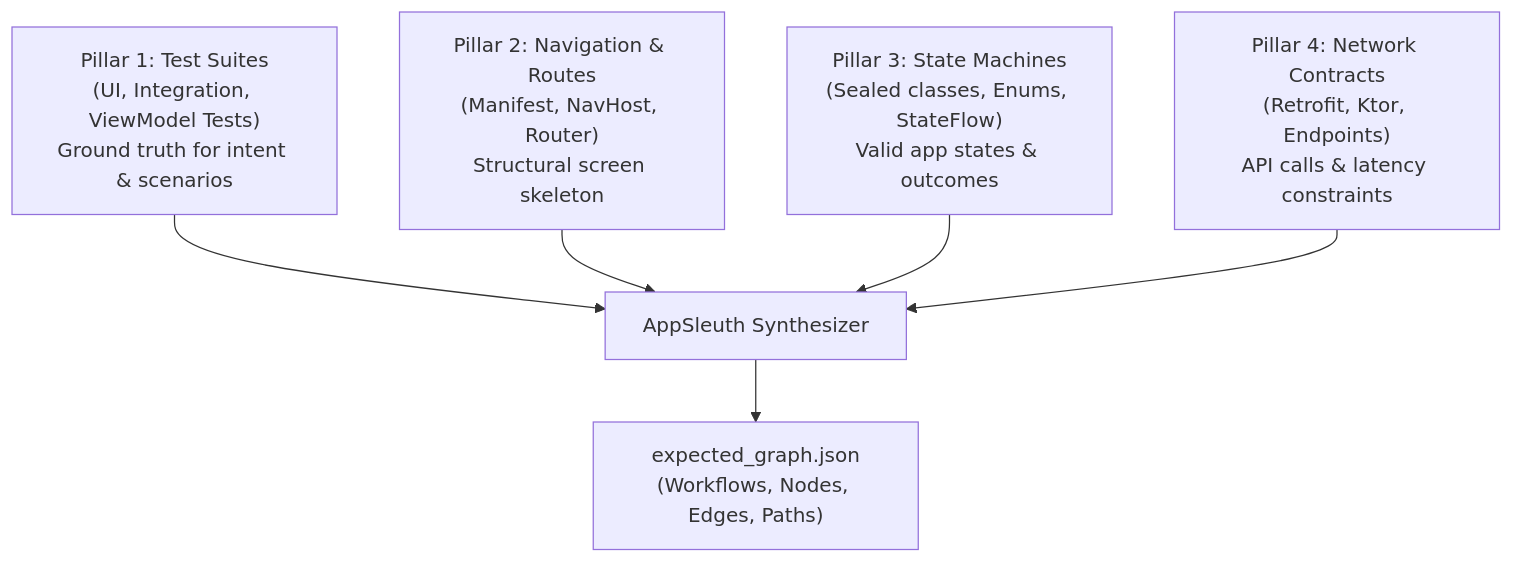
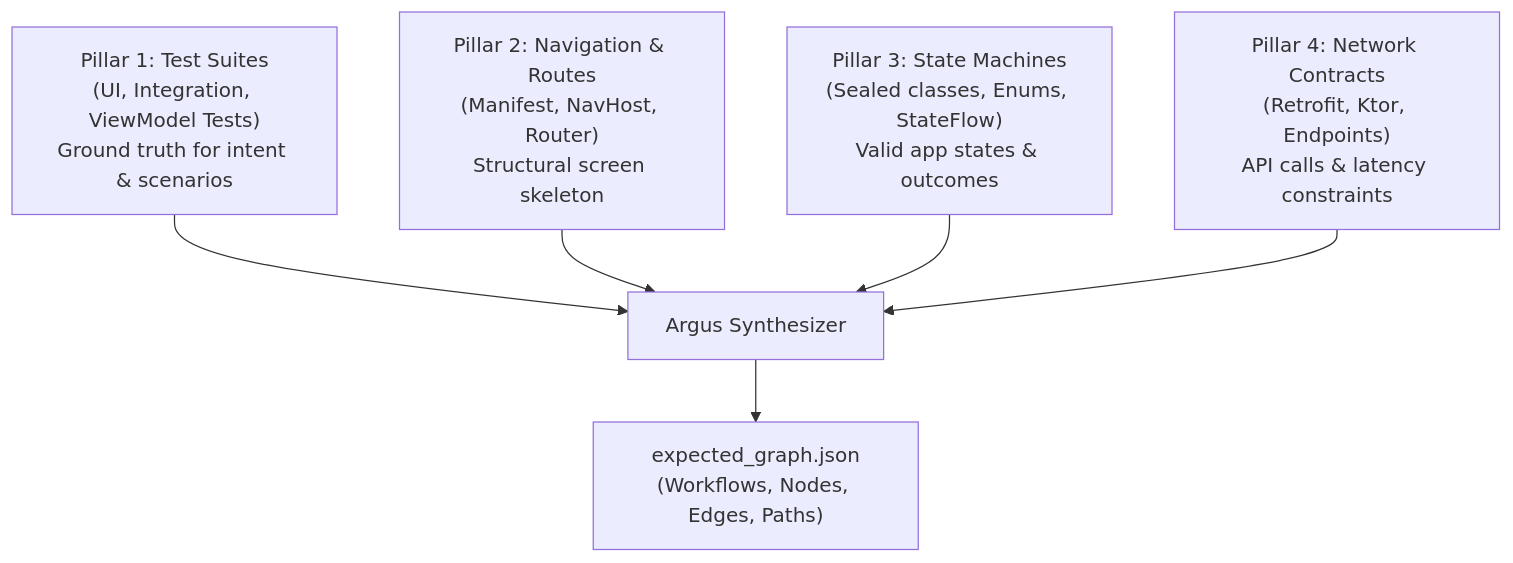
Before and after one commit to Deven264/AppSleuth: the diagram in skills/android-graph-extractor/SKILL.md, drawn with Mermaid. The commit also changed other lines of this file and 35 other files, not shown here.

Commit message:
refactor: rename project to Argus: SystemSleuth

````diff
--- a/skills/android-graph-extractor/SKILL.md
+++ b/skills/android-graph-extractor/SKILL.md
@@ -16,9 +16,9 @@
 ```mermaid
 flowchart TD
     P1["Pillar 1: Test Suites\n(UI, Integration, ViewModel Tests)\nGround truth for intent & scenarios"] --> Synthesizer
     P2["Pillar 2: Navigation & Routes\n(Manifest, NavHost, Router)\nStructural screen skeleton"] --> Synthesizer
     P3["Pillar 3: State Machines\n(Sealed classes, Enums, StateFlow)\nValid app states & outcomes"] --> Synthesizer
     P4["Pillar 4: Network Contracts\n(Retrofit, Ktor, Endpoints)\nAPI calls & latency constraints"] --> Synthesizer
 
-    Synthesizer["AppSleuth Synthesizer"] --> Output["expected_graph.json\n(Workflows, Nodes, Edges, Paths)"]
+    Synthesizer["Argus Synthesizer"] --> Output["expected_graph.json\n(Workflows, Nodes, Edges, Paths)"]
 ```
````
